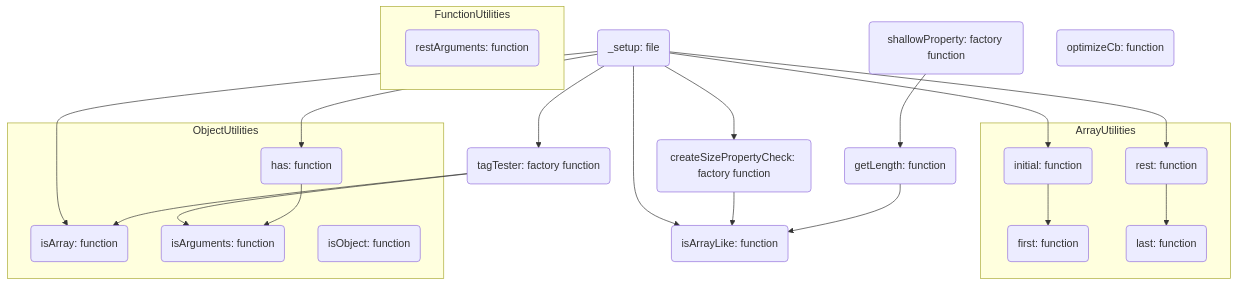
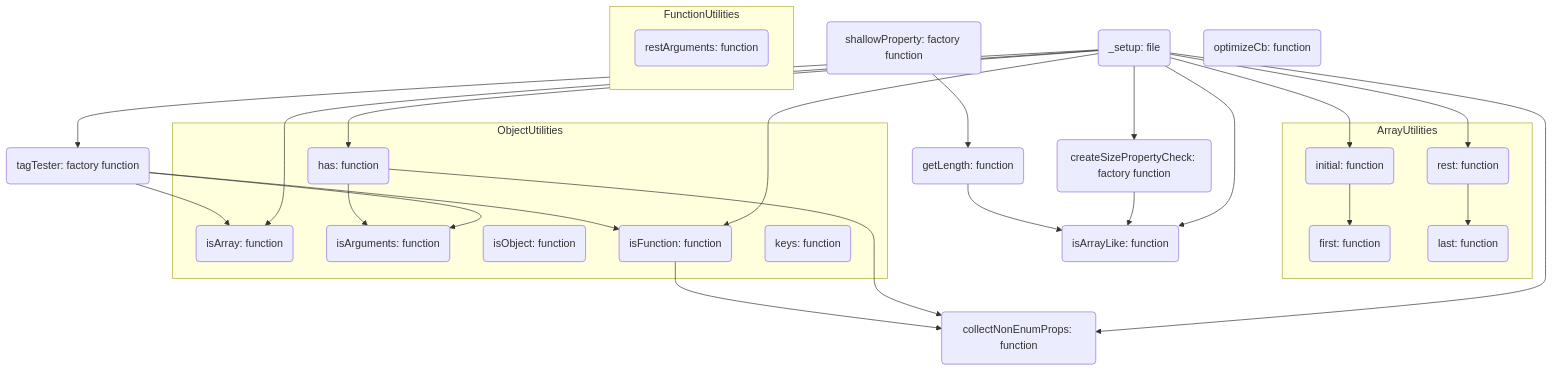
One commit to AshGreyG/To-Realize-Underscore changed the diagram in doc/dependencies.mmd. Above: the diagram before and after it, drawn with Mermaid. The commit also changed 3 other files, not shown here.

Commit message:
:memo: update Object.md and dependency graph

```diff
--- a/doc/dependencies.mmd
+++ b/doc/dependencies.mmd
@@ -1,83 +1,94 @@
 flowchart TD
   %% Define nodes and their names
 
   %%% `_xxx` files
 
   _setup(_setup: file)
   _shallowProperty(shallowProperty: factory function)
   _getLength(getLength: function)
   _createSizePropertyCheck(createSizePropertyCheck: factory function)
   _isArrayLike(isArrayLike: function)
   _tagTester(tagTester: factory function)
   _optimizeCb(optimizeCb: function)
+  _collectNonEnumProps(collectNonEnumProps: function)
 
   %%% Array functions
 
   subgraph ArrayUtilities
     initial(initial: function)
     first(first: function)
     rest(rest: function)
     last(last: function)
   end
 
   %%% Object functions
 
   subgraph ObjectUtilities
     isArray(isArray: function)
     isArguments(isArguments: function)
     isObject(isObject: function)
+    isFunction(isFunction: function)
     has(has: function)
+    keys(keys: function)
   end
 
   subgraph FunctionUtilities
     restArguments(restArguments: function)
   end
 
   %% Edge settings
 
   _setup --> initial
   _setup --> rest
   _setup --> _isArrayLike
   _setup --> _tagTester
   _setup --> isArray
   _setup --> has
   _setup --> _createSizePropertyCheck
+  _setup --> _collectNonEnumProps
+  _setup --> isFunction
 
   _tagTester --> isArray
   _tagTester --> isArguments
+  _tagTester --> isFunction
   _shallowProperty --> _getLength
   _createSizePropertyCheck --> _isArrayLike
   _getLength --> _isArrayLike
   initial --> first
   rest --> last 
   has --> isArguments
+  has --> _collectNonEnumProps
+  isFunction --> _collectNonEnumProps
 
   %% Hyperlink settings
 
   %%% `_xxx` files
  
   click _setup "https://github.com/AshGreyG/To-Realize-Underscore/blob/main/modules/_setup.js"
   click _shallowProperty "https://github.com/AshGreyG/To-Realize-Underscore/blob/main/modules/_shallowProperty.js"
   click _getLength "https://github.com/AshGreyG/To-Realize-Underscore/blob/main/modules/_getLength.js"
   click _createSizePropertyCheck "https://github.com/AshGreyG/To-Realize-Underscore/blob/main/modules/_createSizePropertyCheck.js"
   click _isArrayLike "https://github.com/AshGreyG/To-Realize-Underscore/blob/main/modules/_isArrayLike.js"
   click _tagTester "https://github.com/AshGreyG/To-Realize-Underscore/blob/main/modules/_tagTester.js"
   click _optimizeCb "https://github.com/AshGreyG/To-Realize-Underscore/blob/main/modules/_optimizeCb.js"
+  click _collectNonEnumProps "https://github.com/AshGreyG/To-Realize-Underscore/blob/main/modules/_collectNonEnumProps.js"
 
   %%% Array functions
 
   click initial "https://github.com/AshGreyG/To-Realize-Underscore/blob/main/modules/initial.js"
   click first "https://github.com/AshGreyG/To-Realize-Underscore/blob/main/modules/first.js"
   click rest "https://github.com/AshGreyG/To-Realize-Underscore/blob/main/modules/rest.js"
   click last "https://github.com/AshGreyG/To-Realize-Underscore/blob/main/modules/last.js"
 
   %%% Object functions
 
   click isArray "https://github.com/AshGreyG/To-Realize-Underscore/blob/main/modules/isArray.js"
   click isArguments "https://github.com/AshGreyG/To-Realize-Underscore/blob/main/modules/isArguments.js"
   click isObject "https://github.com/AshGreyG/To-Realize-Underscore/blob/main/modules/isObject.js"
+  click isFunction "https://github.com/AshGreyG/To-Realize-Underscore/blob/main/modules/isFunction.js"
   click has "https://github.com/AshGreyG/To-Realize-Underscore/blob/main/modules/_has.js"
+  click keys "https://github.com/AshGreyG/To-Realize-Underscore/blob/main/modules/keys.js"
 
   %%% Function functions 😄
 
   click restArguments "https://github.com/AshGreyG/To-Realize-Underscore/blob/main/modules/restArguments.js"
```
